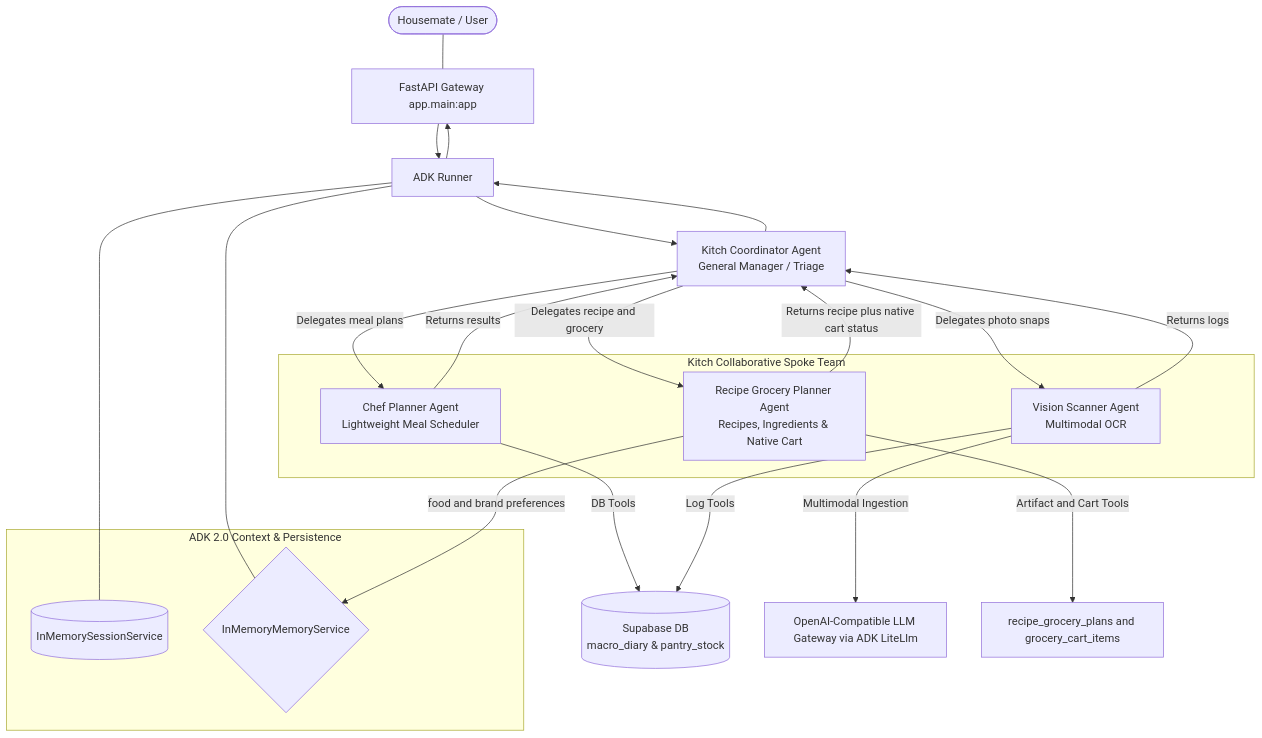
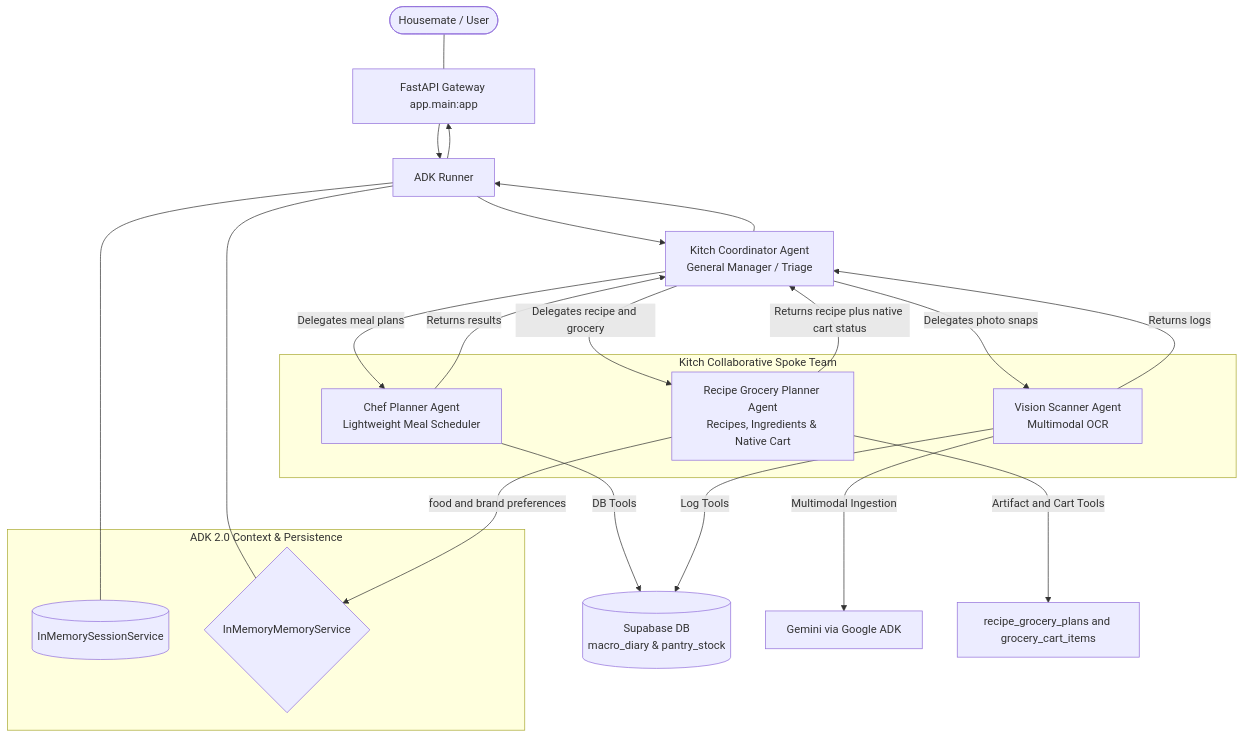
Before and after one commit to architworks/meal_and_grocery_agent: the diagram in docs/walkthrough.md, drawn with Mermaid. The commit also changed other lines of this file and 8 other files, not shown here.

````diff
--- a/docs/walkthrough.md
+++ b/docs/walkthrough.md
@@ -17,45 +18,45 @@
 ```mermaid
 flowchart TD
     %% Entry point
     User([Housemate / User]) --- Gateway[FastAPI Gateway app.main:app]
     Gateway --> Runner[ADK Runner]
     Runner --> Gateway
     
     %% Native Services Layer
     subgraph ADK_Services [ADK 2.0 Context & Persistence]
         SessionSvc[(InMemorySessionService)]
         MemorySvc{InMemoryMemoryService}
     end
     
     Runner --- SessionSvc
     Runner --- MemorySvc
     
     %% Parent Coordinator
     Runner --> Parent[Kitch Coordinator Agent<br>General Manager / Triage]
     Parent --> Runner
     
     %% Multi-Agent Routing & Delegation (3-Spoke Topology)
     subgraph Agent_Team [Kitch Collaborative Spoke Team]
         SubChef[Chef Planner Agent<br>Lightweight Meal Scheduler]
         SubVision[Vision Scanner Agent<br>Multimodal OCR]
         SubCart[Recipe Grocery Planner Agent<br>Recipes, Ingredients & Native Cart]
     end
     
     Parent -->|Delegates meal plans| SubChef
     SubChef -->|Returns results| Parent
     
     Parent -->|Delegates photo snaps| SubVision
     SubVision -->|Returns logs| Parent
     
     Parent -->|Delegates recipe and grocery| SubCart
     SubCart -->|Returns recipe plus native cart status| Parent
     
     %% Specialized Spoke Dependencies
     SubChef -->|DB Tools| DB[(Supabase DB<br>meal_plans)]
     
-    SubVision -->|Multimodal Ingestion| LLM[OpenAI-Compatible LLM Gateway via ADK LiteLlm]
+    SubVision -->|Multimodal Ingestion| LLM[Gemini via Google ADK]
     SubVision -->|Log Tools| DB[(Supabase DB<br>macro_diary & pantry_stock)]
     
     SubCart -->|food and brand preferences| MemorySvc
     SubCart -->|Artifact and Cart Tools| RecipeCart[recipe_grocery_plans and grocery_cart_items]
 ```
````
